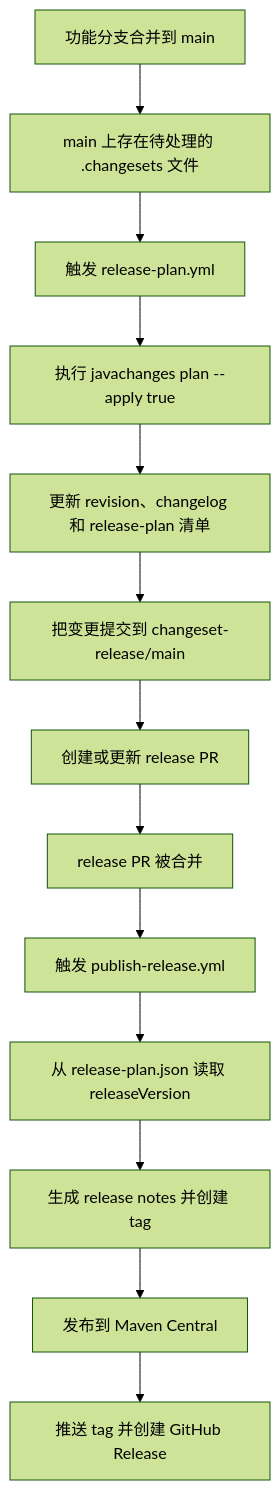
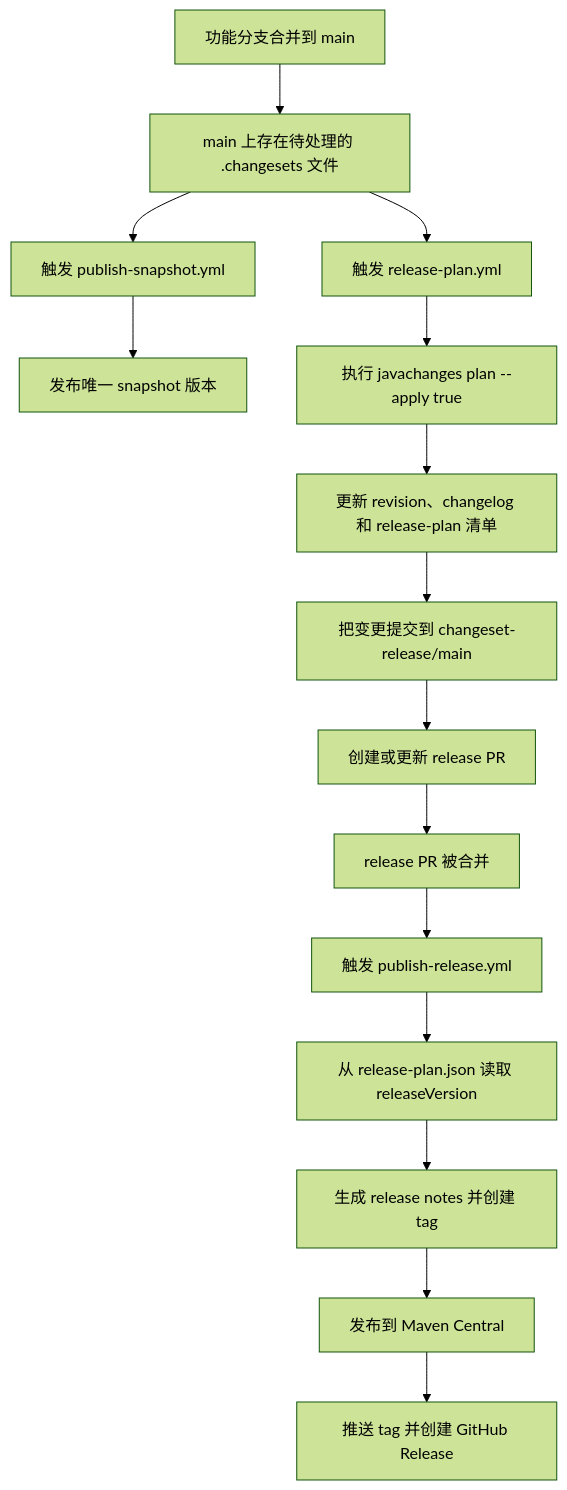
Before and after one commit to sonofmagic/javachanges: the diagram in docs/github-actions-release.zh-CN.md, drawn with Mermaid (forest theme). The commit also changed other lines of this file and 18 other files, not shown here.

````diff
--- a/docs/github-actions-release.zh-CN.md
+++ b/docs/github-actions-release.zh-CN.md
@@ -20,15 +21,17 @@
 ```mermaid
 flowchart TD
   A[功能分支合并到 main] --> B[main 上存在待处理的 .changesets 文件]
+  B --> S[触发 publish-snapshot.yml]
+  S --> T[发布唯一 snapshot 版本]
   B --> C[触发 release-plan.yml]
   C --> D[执行 javachanges plan --apply true]
   D --> E[更新 revision、changelog 和 release-plan 清单]
   E --> F[把变更提交到 changeset-release/main]
   F --> G[创建或更新 release PR]
   G --> H[release PR 被合并]
   H --> I[触发 publish-release.yml]
   I --> J[从 release-plan.json 读取 releaseVersion]
   J --> K[生成 release notes 并创建 tag]
   K --> L[发布到 Maven Central]
   L --> M[推送 tag 并创建 GitHub Release]
 ```
````
